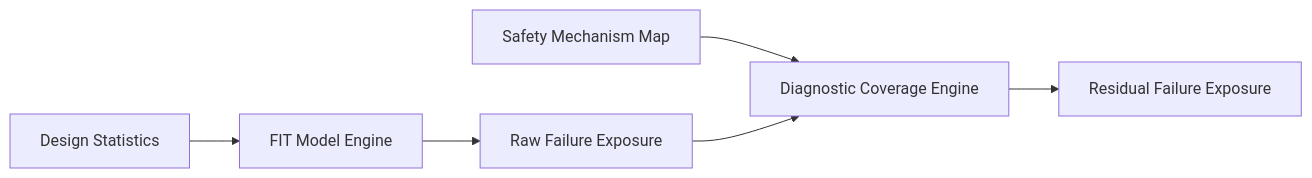
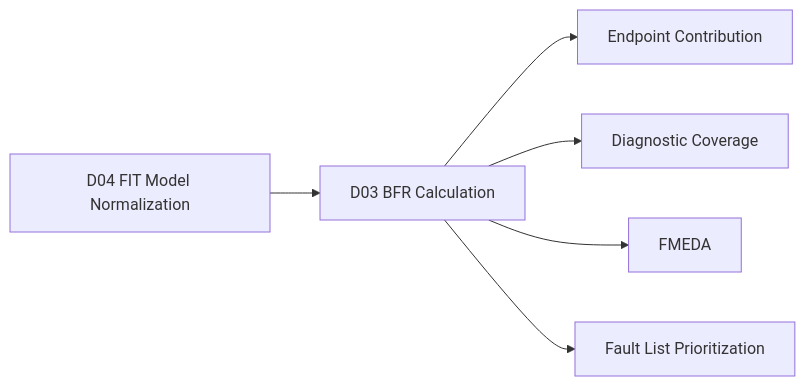
Before and after one commit to qiqixixi1001/automotive-safeic-practice: the ninth of 9 diagrams in articles/04_automotive_safeic_practice_d04_github_en_generic.md, drawn with Mermaid. The commit also changed other lines of this file, not shown here.

````diff
--- a/articles/04_automotive_safeic_practice_d04_github_en_generic.md
+++ b/articles/04_automotive_safeic_practice_d04_github_en_generic.md
@@ -820,8 +1146,8 @@
 ```mermaid
 flowchart LR
-    A[Design Statistics] --> B[FIT Model Engine]
-    B --> C[Raw Failure Exposure]
-    D[Safety Mechanism Map] --> E[Diagnostic Coverage Engine]
-    C --> E
-    E --> F[Residual Failure Exposure]
+    A[D04 FIT Model Normalization] --> B[D03 BFR Calculation]
+    B --> C[Endpoint Contribution]
+    B --> D[Diagnostic Coverage]
+    B --> E[FMEDA]
+    B --> F[Fault List Prioritization]
 ```
````
